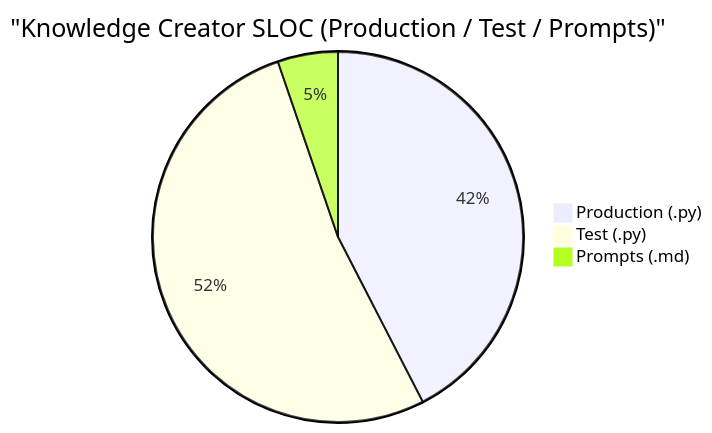
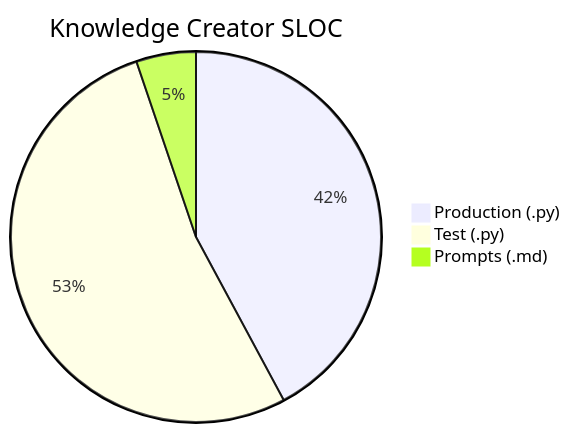
Before and after one commit to nablarch/nabledge-dev: the tenth of 11 diagrams in docs/metrics.md, drawn with Mermaid. The commit also changed other lines of this file and 1 other file, not shown here.

Commit message:
experiment: add threshold lines to CFR chart

````diff
--- a/docs/metrics.md
+++ b/docs/metrics.md
@@ -114,6 +126,6 @@
 ```mermaid
-pie title "Knowledge Creator SLOC (Production / Test / Prompts)"
-  "Production (.py)" : 4109
-  "Test (.py)" : 5064
+pie title Knowledge Creator SLOC
+  "Production (.py)" : 4119
+  "Test (.py)" : 5145
   "Prompts (.md)" : 509
 ```
````
